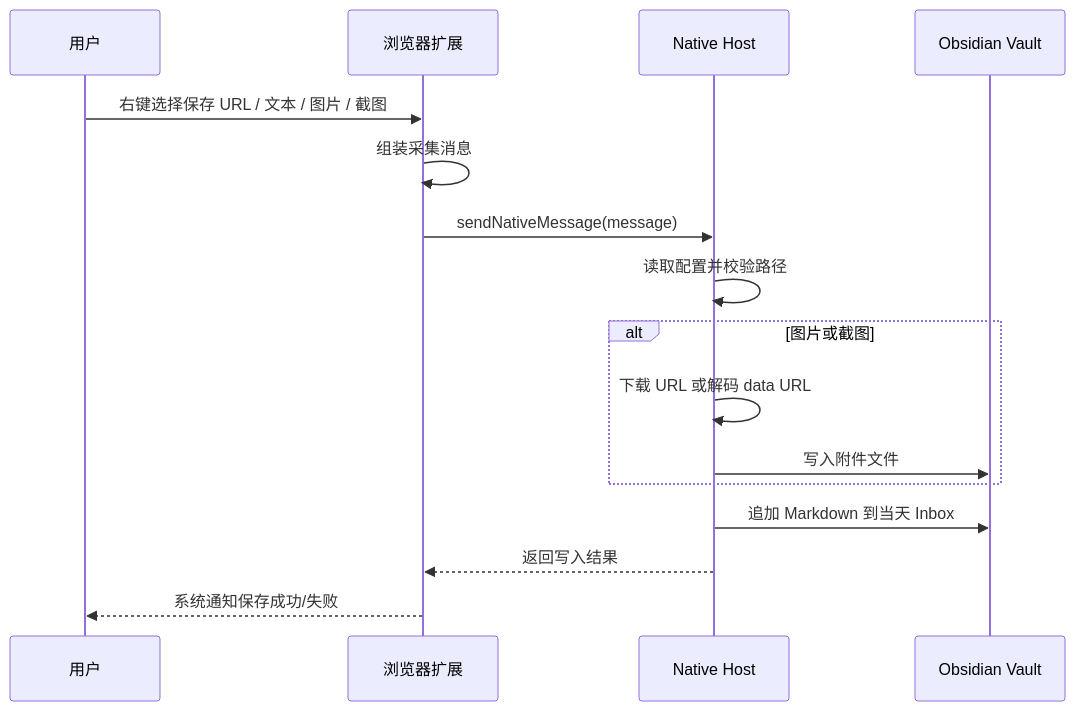
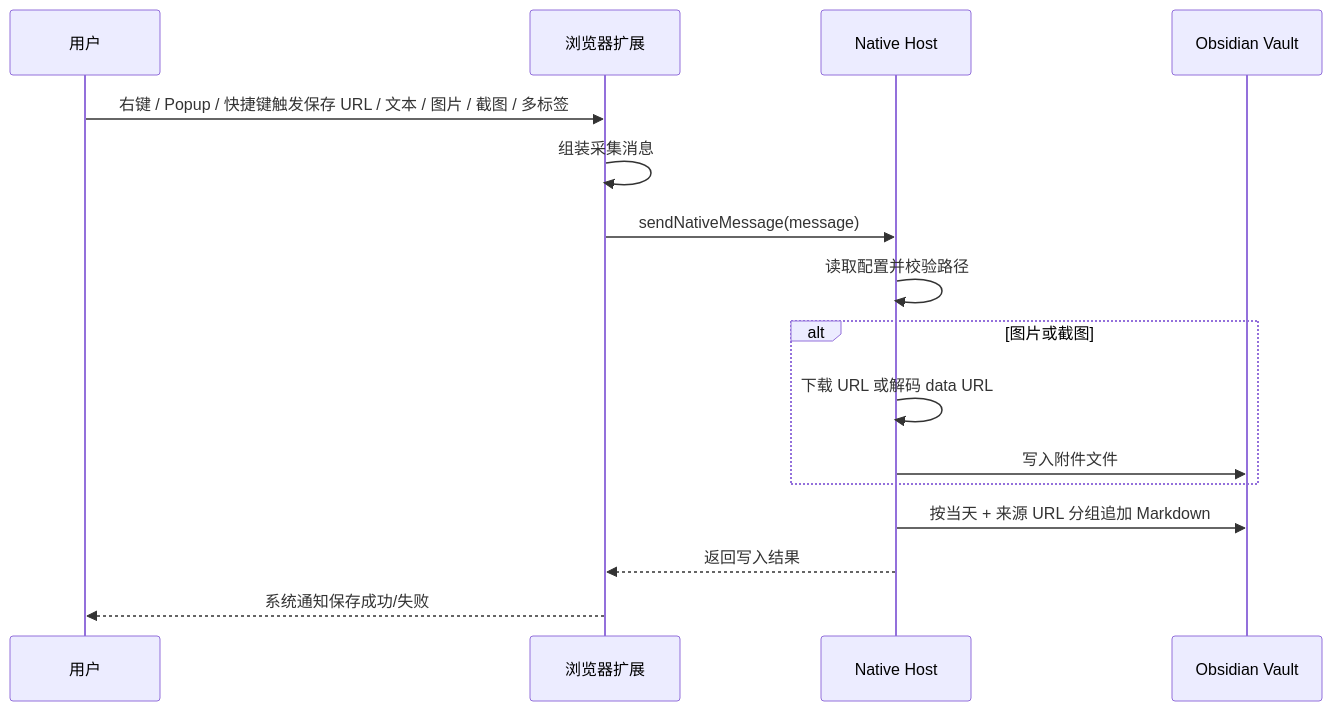
One commit to bantubanjiu/yishan changed the second of 2 diagrams in README.md. Above: the diagram before and after it, drawn with Mermaid. The commit also changed other lines of this file and 17 other files, not shown here.

````diff
--- a/README.md
+++ b/README.md
@@ -63,19 +66,19 @@
 ```mermaid
 sequenceDiagram
   participant U as 用户
   participant E as 浏览器扩展
   participant H as Native Host
   participant V as Obsidian Vault
 
-  U->>E: 右键选择保存 URL / 文本 / 图片 / 截图
+  U->>E: 右键 / Popup / 快捷键触发保存 URL / 文本 / 图片 / 截图 / 多标签
   E->>E: 组装采集消息
   E->>H: sendNativeMessage(message)
   H->>H: 读取配置并校验路径
   alt 图片或截图
     H->>H: 下载 URL 或解码 data URL
     H->>V: 写入附件文件
   end
-  H->>V: 追加 Markdown 到当天 Inbox
+  H->>V: 按当天 + 来源 URL 分组追加 Markdown
   H-->>E: 返回写入结果
   E-->>U: 系统通知保存成功/失败
 ```
````
